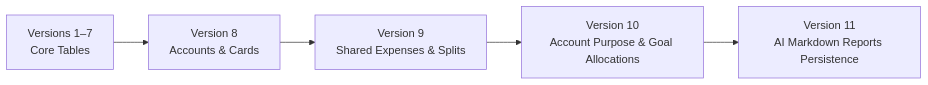
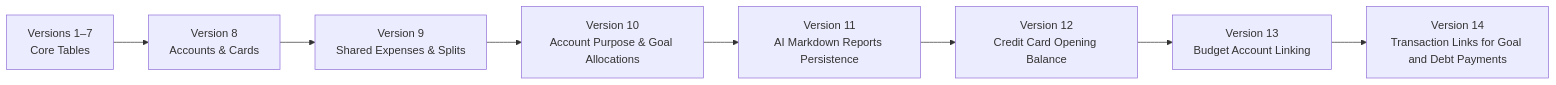
Before and after one commit to Mani242002/empty-pocket: the diagram in ARCHITECTURE.md, drawn with Mermaid. The commit also changed other lines of this file and 26 other files, not shown here.

````diff
--- a/ARCHITECTURE.md
+++ b/ARCHITECTURE.md
@@ -80,7 +80,10 @@
 ```mermaid
 graph LR
     v1_to_v7[Versions 1–7<br/>Core Tables] --> v8[Version 8<br/>Accounts & Cards]
     v8 --> v9[Version 9<br/>Shared Expenses & Splits]
     v9 --> v10[Version 10<br/>Account Purpose & Goal Allocations]
     v10 --> v11[Version 11<br/>AI Markdown Reports Persistence]
+    v11 --> v12[Version 12<br/>Credit Card Opening Balance]
+    v12 --> v13[Version 13<br/>Budget Account Linking]
+    v13 --> v14[Version 14<br/>Transaction Links for Goal and Debt Payments]
 ```
````
